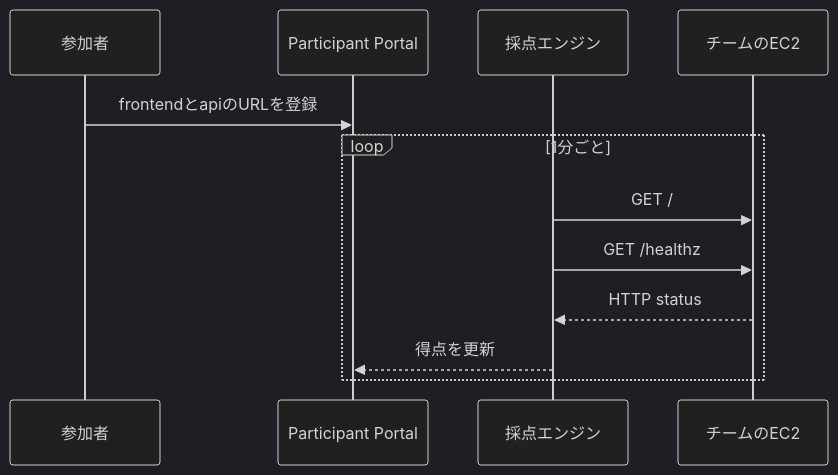
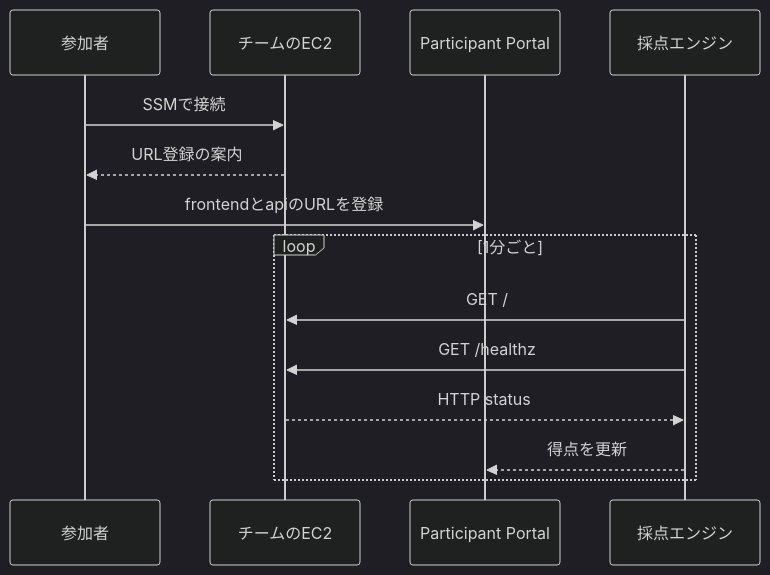
Before and after one commit to susumutomita/zenn-article: the first of 2 diagrams in books/cloud-competition/battle-experience.md, drawn with Mermaid (dark theme). The commit also changed other lines of this file and 23 other files, not shown here.

````diff
--- a/books/cloud-competition/battle-experience.md
+++ b/books/cloud-competition/battle-experience.md
@@ -48,15 +47,17 @@
 ```mermaid
 sequenceDiagram
     participant P as 参加者
+    participant EC2 as チームのEC2
     participant Portal as Participant Portal
     participant Score as 採点エンジン
-    participant EC2 as チームのEC2
 
+    P->>EC2: SSMで接続
+    EC2-->>P: URL登録の案内
     P->>Portal: frontendとapiのURLを登録
     loop 1分ごと
         Score->>EC2: GET /
         Score->>EC2: GET /healthz
         EC2-->>Score: HTTP status
         Score-->>Portal: 得点を更新
     end
 ```
````
